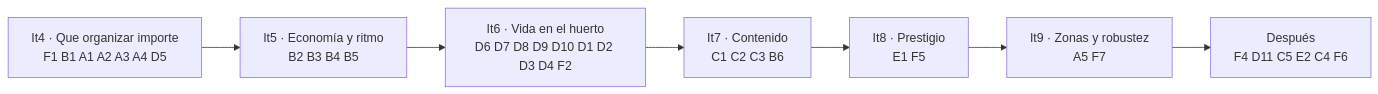
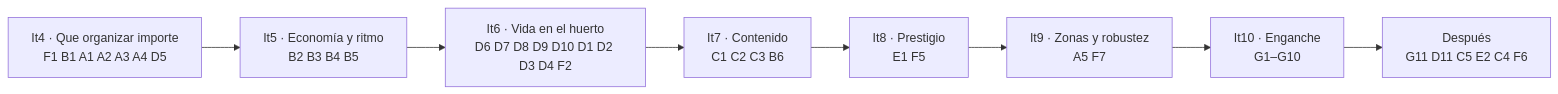
Before and after one commit to MRspookyman/TinyHarvest: the diagram in PLAN.md, drawn with Mermaid. The commit also changed other lines of this file and 11 other files, not shown here.

````diff
--- a/PLAN.md
+++ b/PLAN.md
@@ -657,9 +689,10 @@
 ```mermaid
 flowchart LR
   I4["It4 · Que organizar importe<br/>F1 B1 A1 A2 A3 A4 D5"] --> I5["It5 · Economía y ritmo<br/>B2 B3 B4 B5"]
   I5 --> I6["It6 · Vida en el huerto<br/>D6 D7 D8 D9 D10 D1 D2 D3 D4 F2"]
   I6 --> I7["It7 · Contenido<br/>C1 C2 C3 B6"]
   I7 --> I8["It8 · Prestigio<br/>E1 F5"]
   I8 --> I9["It9 · Zonas y robustez<br/>A5 F7"]
-  I9 --> L["Después<br/>F4 D11 C5 E2 C4 F6"]
+  I9 --> I10["It10 · Enganche<br/>G1–G10"]
+  I10 --> L["Después<br/>G11 D11 C5 E2 C4 F6"]
 ```
````
